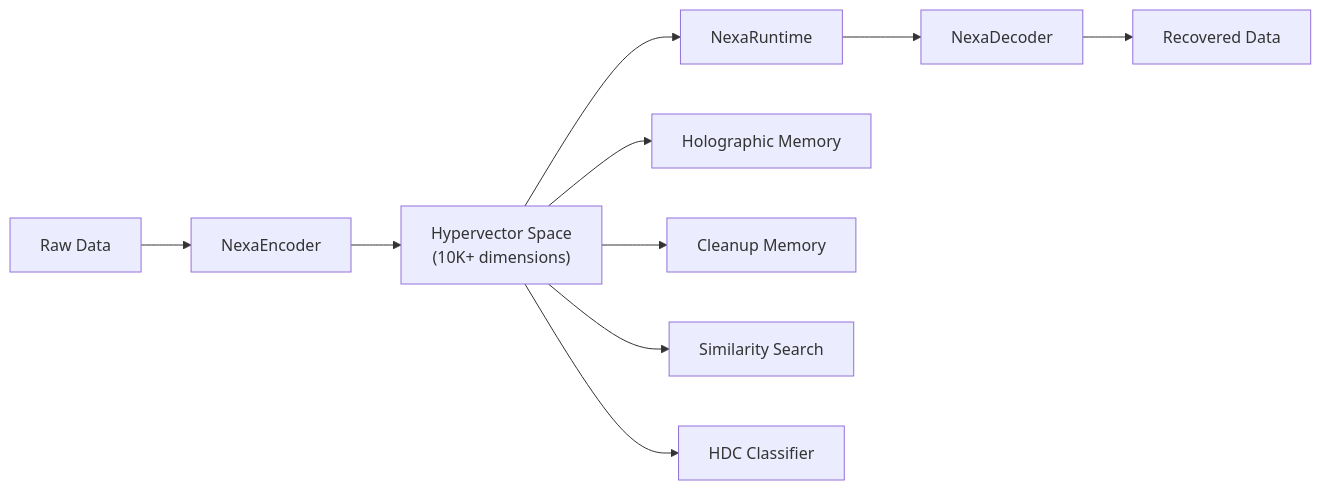
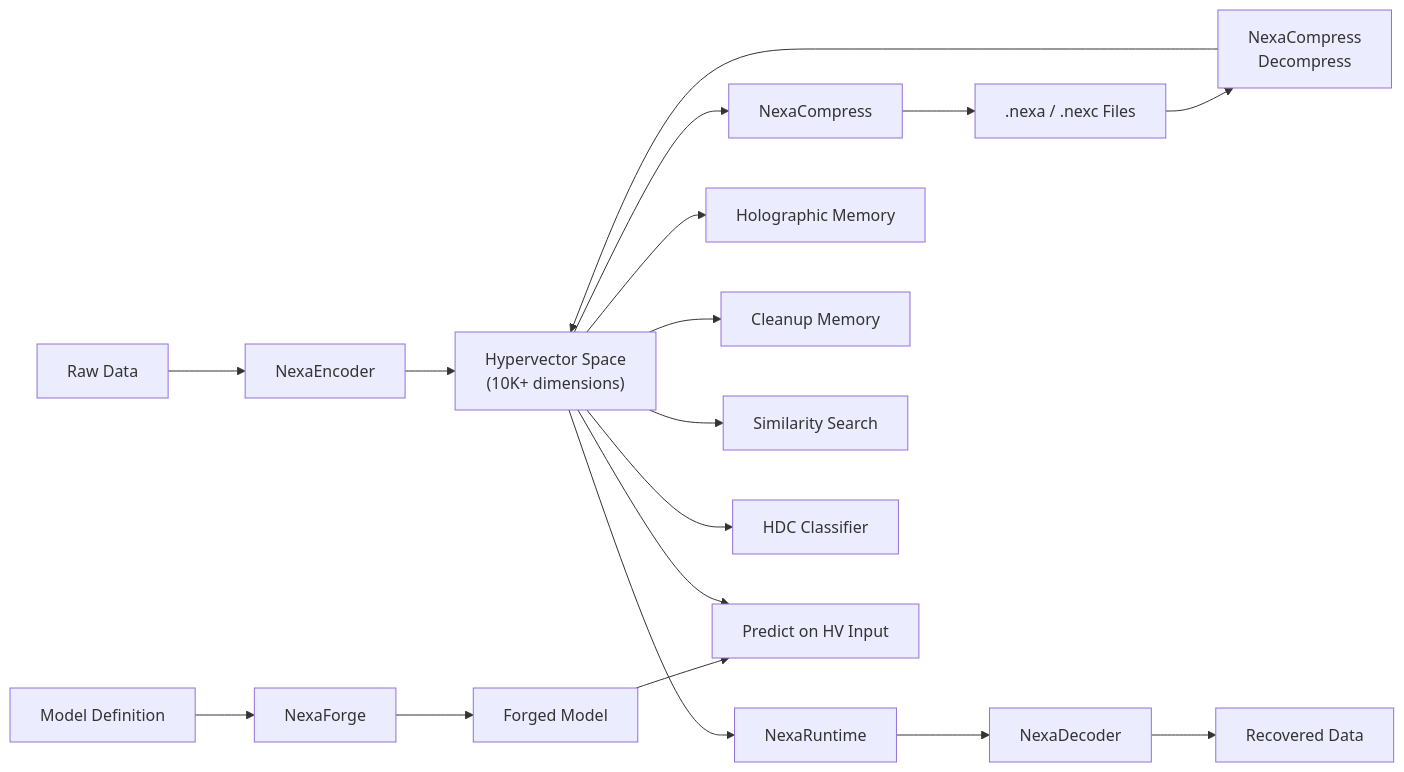
One commit to yablokolabs/nexa-core changed the first of 10 diagrams in README.md. Above: the diagram before and after it, drawn with Mermaid. The commit also changed other lines of this file and 9 other files, not shown here.

First line of the commit message:
feat: add NexaCompress and NexaForge crates

````diff
--- a/README.md
+++ b/README.md
@@ -27,13 +27,22 @@
 ```mermaid
 flowchart LR
     RawData["Raw Data"] --> Encoder["NexaEncoder"]
     Encoder --> HVS["Hypervector Space<br/>(10K+ dimensions)"]
+    HVS --> Compress["NexaCompress"]
+    Compress --> Stored[".nexa / .nexc Files"]
+    Stored --> Decompress["NexaCompress<br/>Decompress"]
+    Decompress --> HVS
     HVS --> Runtime["NexaRuntime"]
     Runtime --> Decoder["NexaDecoder"]
     Decoder --> Recovered["Recovered Data"]
 
     HVS --> Memory["Holographic Memory"]
     HVS --> Cleanup["Cleanup Memory"]
     HVS --> Search["Similarity Search"]
     HVS --> Classify["HDC Classifier"]
+
+    ModelDef["Model Definition"] --> Forge["NexaForge"]
+    Forge --> ForgedModel["Forged Model"]
+    ForgedModel --> Predict["Predict on HV Input"]
+    HVS --> Predict
 ```
````
